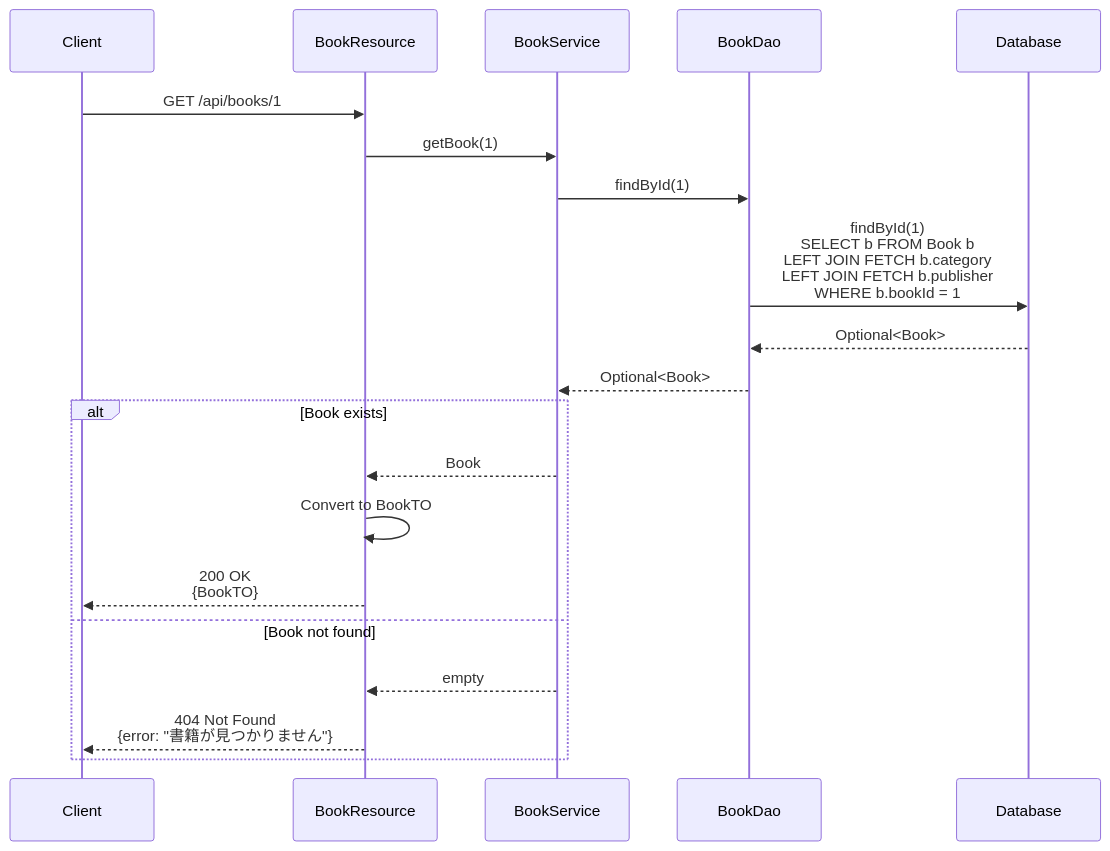
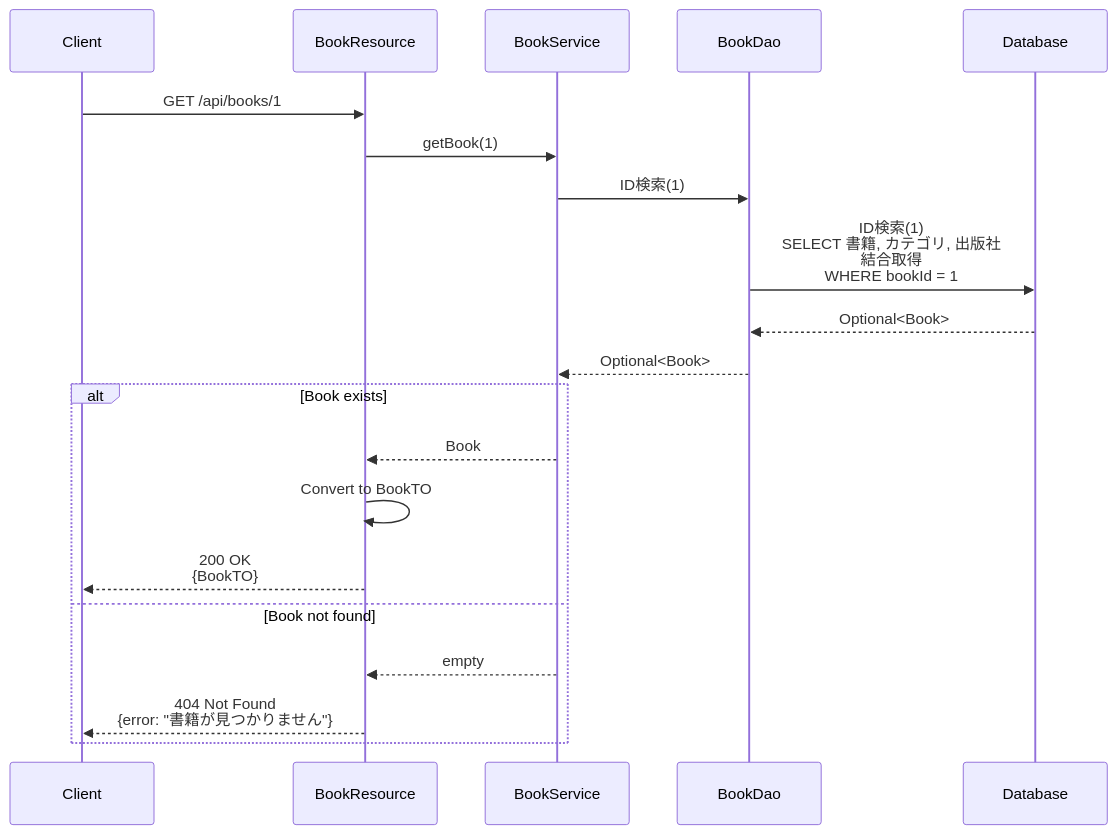
Before and after one commit to KenyaSaitoh/ai_driven_dev_202601: the second of 8 diagrams in projects/sdd/bookstore/back-office-api-sdd/specs/baseline/api/API_002_books/functional_design.md, drawn with Mermaid. The commit also changed other lines of this file and 52 other files, not shown here.

````diff
--- a/projects/sdd/bookstore/back-office-api-sdd/specs/baseline/api/API_002_books/functional_design.md
+++ b/projects/sdd/bookstore/back-office-api-sdd/specs/baseline/api/API_002_books/functional_design.md
@@ -594,24 +550,24 @@
 ```mermaid
 sequenceDiagram
     participant Client
     participant BookResource
     participant BookService
     participant BookDao
     participant Database
 
     Client->>BookResource: GET /api/books/1
     BookResource->>BookService: getBook(1)
-    BookService->>BookDao: findById(1)
-    BookDao->>Database: findById(1)<br/>SELECT b FROM Book b<br/>LEFT JOIN FETCH b.category<br/>LEFT JOIN FETCH b.publisher<br/>WHERE b.bookId = 1
+    BookService->>BookDao: ID検索(1)
+    BookDao->>Database: ID検索(1)<br/>SELECT 書籍, カテゴリ, 出版社<br/>結合取得<br/>WHERE bookId = 1
     Database-->>BookDao: Optional<Book>
     BookDao-->>BookService: Optional<Book>
     
     alt Book exists
         BookService-->>BookResource: Book
         BookResource->>BookResource: Convert to BookTO
         BookResource-->>Client: 200 OK<br/>{BookTO}
     else Book not found
         BookService-->>BookResource: empty
         BookResource-->>Client: 404 Not Found<br/>{error: "書籍が見つかりません"}
     end
 ```
````
